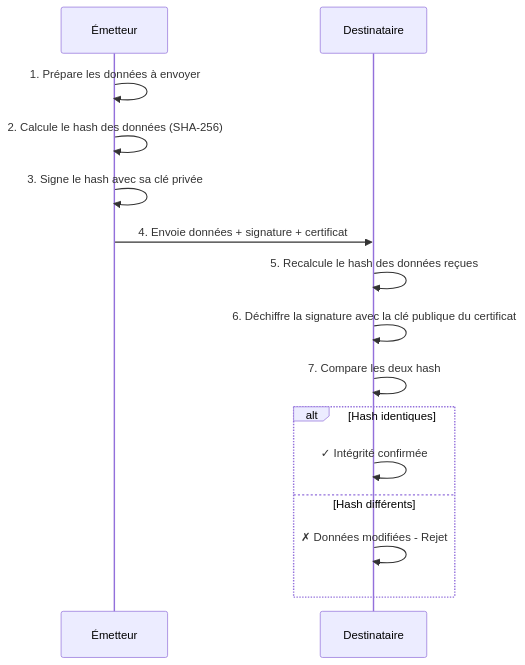
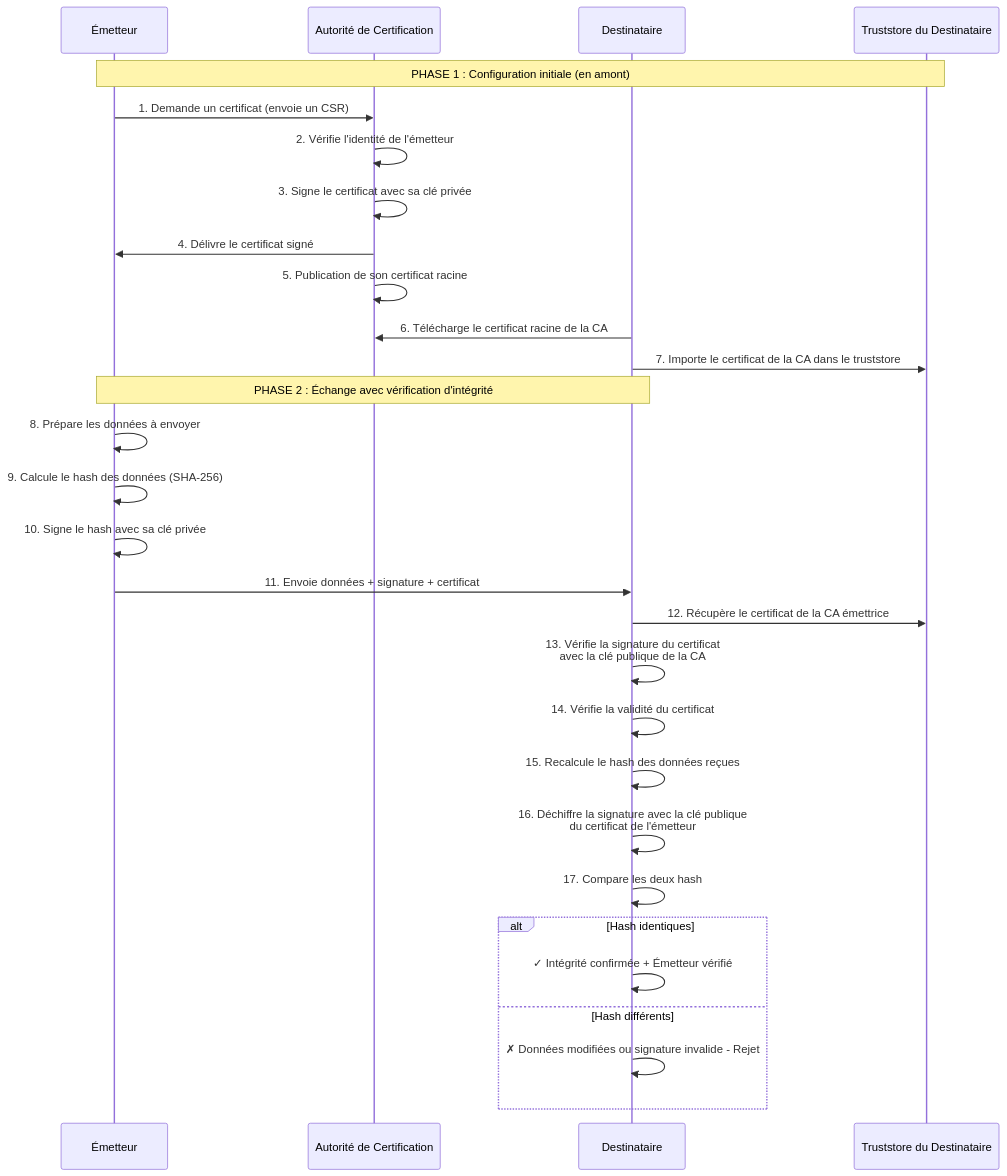
One commit to acoudene/SecurityAndEncryption changed the third of 4 diagrams in CertificateManagement/Readme.md. Above: the diagram before and after it, drawn with Mermaid.

Commit message:
Correctionn on Integrity diagram

````diff
--- a/CertificateManagement/Readme.md
+++ b/CertificateManagement/Readme.md
@@ -211,18 +211,38 @@
 ```mermaid
 sequenceDiagram
     participant Emetteur as Émetteur
+    participant CA as Autorité de Certification
     participant Destinataire as Destinataire
+    participant Truststore as Truststore du Destinataire
     
-    Emetteur->>Emetteur: 1. Prépare les données à envoyer
-    Emetteur->>Emetteur: 2. Calcule le hash des données (SHA-256)
-    Emetteur->>Emetteur: 3. Signe le hash avec sa clé privée
-    Emetteur->>Destinataire: 4. Envoie données + signature + certificat
-    Destinataire->>Destinataire: 5. Recalcule le hash des données reçues
-    Destinataire->>Destinataire: 6. Déchiffre la signature avec la clé publique du certificat
-    Destinataire->>Destinataire: 7. Compare les deux hash
+    Note over Emetteur,Truststore: PHASE 1 : Configuration initiale (en amont)
+    
+    Emetteur->>CA: 1. Demande un certificat (envoie un CSR)
+    CA->>CA: 2. Vérifie l'identité de l'émetteur
+    CA->>CA: 3. Signe le certificat avec sa clé privée
+    CA->>Emetteur: 4. Délivre le certificat signé
+    
+    CA->>CA: 5. Publication de son certificat racine
+    Destinataire->>CA: 6. Télécharge le certificat racine de la CA
+    Destinataire->>Truststore: 7. Importe le certificat de la CA dans le truststore
+    
+    Note over Emetteur,Destinataire: PHASE 2 : Échange avec vérification d'intégrité
+    
+    Emetteur->>Emetteur: 8. Prépare les données à envoyer
+    Emetteur->>Emetteur: 9. Calcule le hash des données (SHA-256)
+    Emetteur->>Emetteur: 10. Signe le hash avec sa clé privée
+    Emetteur->>Destinataire: 11. Envoie données + signature + certificat
+    
+    Destinataire->>Truststore: 12. Récupère le certificat de la CA émettrice
+    Destinataire->>Destinataire: 13. Vérifie la signature du certificat<br/>avec la clé publique de la CA
+    Destinataire->>Destinataire: 14. Vérifie la validité du certificat
+    Destinataire->>Destinataire: 15. Recalcule le hash des données reçues
+    Destinataire->>Destinataire: 16. Déchiffre la signature avec la clé publique<br/>du certificat de l'émetteur
+    Destinataire->>Destinataire: 17. Compare les deux hash
+    
     alt Hash identiques
-        Destinataire->>Destinataire: ✓ Intégrité confirmée
+        Destinataire->>Destinataire: ✓ Intégrité confirmée + Émetteur vérifié
     else Hash différents
-        Destinataire->>Destinataire: ✗ Données modifiées - Rejet
+        Destinataire->>Destinataire: ✗ Données modifiées ou signature invalide - Rejet
     end
 ```
````
